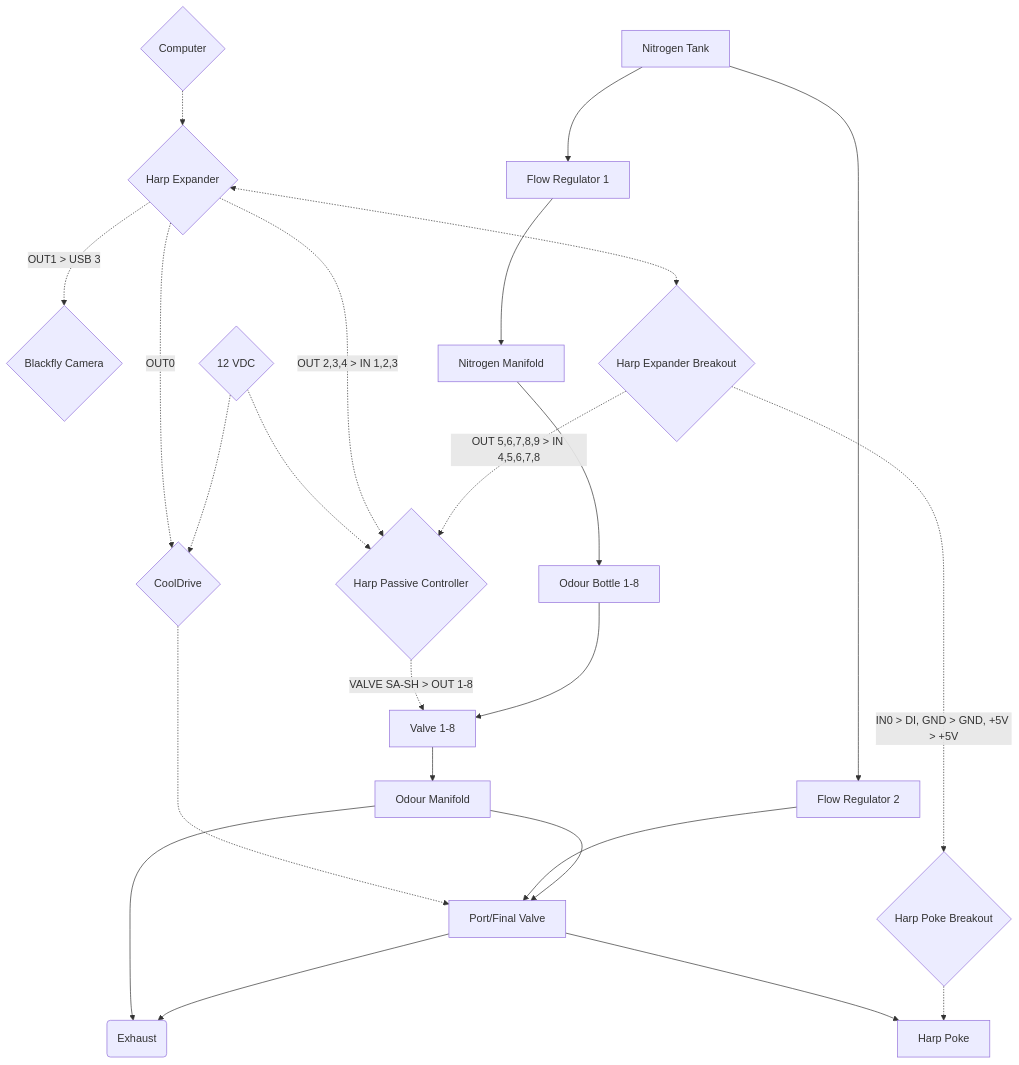
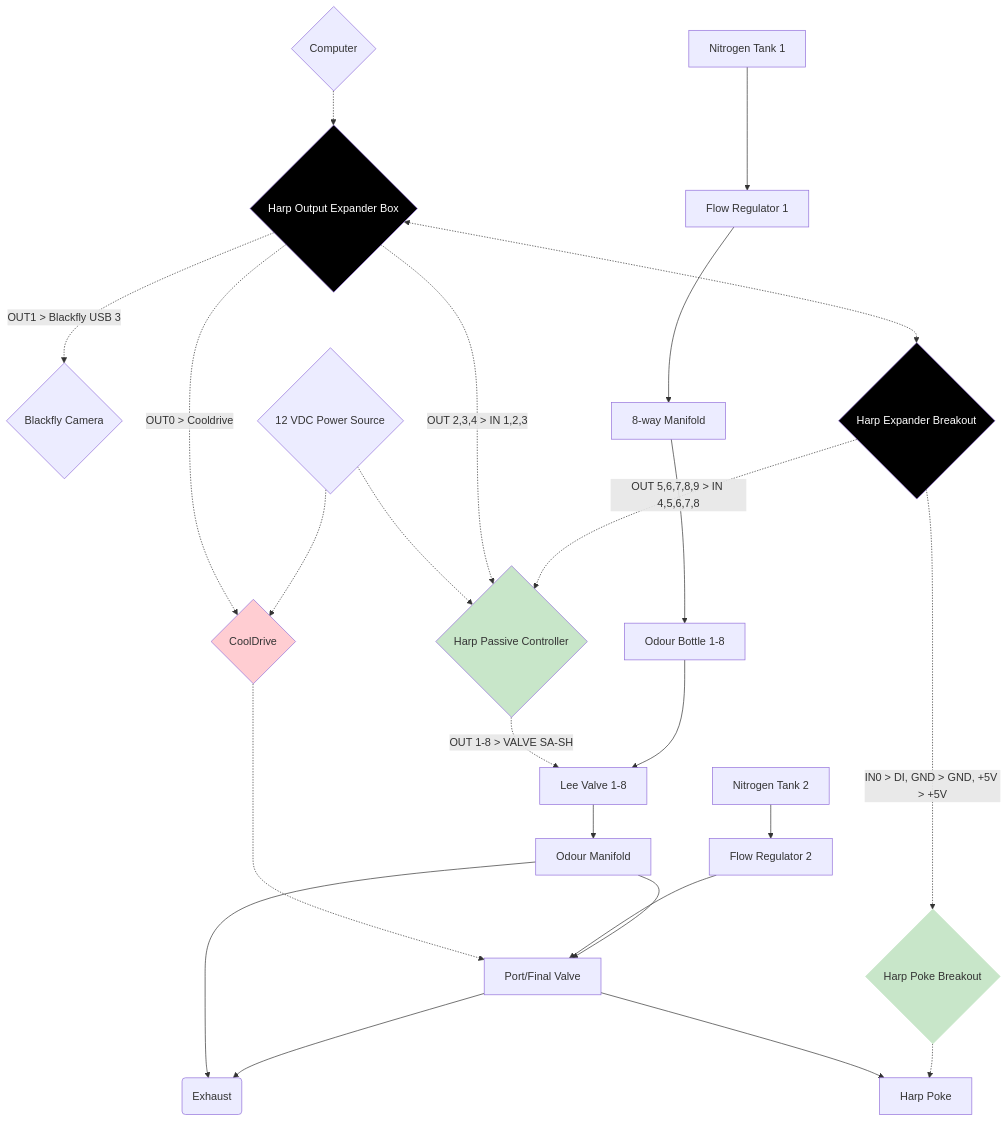
Before and after one commit to goatsofnaxos/Delphi: the first of 2 diagrams in Design/specs.md, drawn with Mermaid.

````diff
--- a/Design/specs.md
+++ b/Design/specs.md
@@ -169,26 +169,28 @@
 ```mermaid
-graph TD
-    A[Nitrogen Tank] --> B[Flow Regulator 1]
-    AA{Computer} -.-> BB{Harp Expander}
-    BB -.OUT1 > USB 3.-> CC{Blackfly Camera}
-    BB -.OUT0.-> DD{CoolDrive}
-    EE{12 VDC} -.-> Y{Harp Passive Controller}
-    EE -.-> DD
-    DD -.-> E
-    BB -.OUT 2,3,4 > IN 1,2,3.-> Y
-    Y -.VALVE SA-SH > OUT 1-8.-> Q
-    A --> C[Flow Regulator 2]
-    C --> E[Port/Final Valve]
-    B --> D[Nitrogen Manifold]
-    D --> F[Odour Bottle 1-8]
-    F --> Q[Valve 1-8]
-    Q --> N[Odour Manifold]
-    N --> O(Exhaust)
-    N --> E
-    E --> P[Harp Poke]
-    E --> O
-    FF -.IN0 > DI, GND > GND, +5V > +5V.-> GG{Harp Poke Breakout}
+flowchart TD
+    A["Nitrogen Tank 1"] --> B["Flow Regulator 1"]
+    HH["Nitrogen Tank 2"] --> C["Flow Regulator 2"]
+    AA{"Computer"} -.-> BB{"Harp Output Expander Box"}
+    BB -. OUT1 > Blackfly USB 3 .-> CC{"Blackfly Camera"}
+    BB -. OUT0 > Cooldrive .-> DD{"CoolDrive"}
+    EE{"12 VDC Power Source"} -.-> Y{"Harp Passive Controller"} & DD
+    DD -.-> E["Port/Final Valve"]
+    BB -. OUT 2,3,4 > IN 1,2,3 .-> Y
+    Y -. OUT 1-8 > VALVE SA-SH .-> Q["Lee Valve 1-8"]
+    C --> E
+    B --> D["8-way Manifold"]
+    D --> F["Odour Bottle 1-8"]
+    F --> Q
+    Q --> N["Odour Manifold"]
+    N --> O("Exhaust") & E
+    E --> P["Harp Poke"] & O
+    FF{"Harp Expander Breakout"} -. IN0 > DI, GND > GND, +5V > +5V .-> GG{"Harp Poke Breakout"}
     GG -.-> P
-    BB <-.-> FF{Harp Expander Breakout}
-    FF -.OUT 5,6,7,8,9 > IN 4,5,6,7,8.->Y
+    BB <-.-> FF
+    FF -. OUT 5,6,7,8,9 > IN 4,5,6,7,8 .-> Y
+    style BB fill:#000000,color:#FFFFFF
+    style DD fill:#FFCDD2
+    style Y fill:#C8E6C9
+    style FF fill:#000000,color:#FFFFFF
+    style GG stroke:#C8E6C9,fill:#C8E6C9
 ```
````
